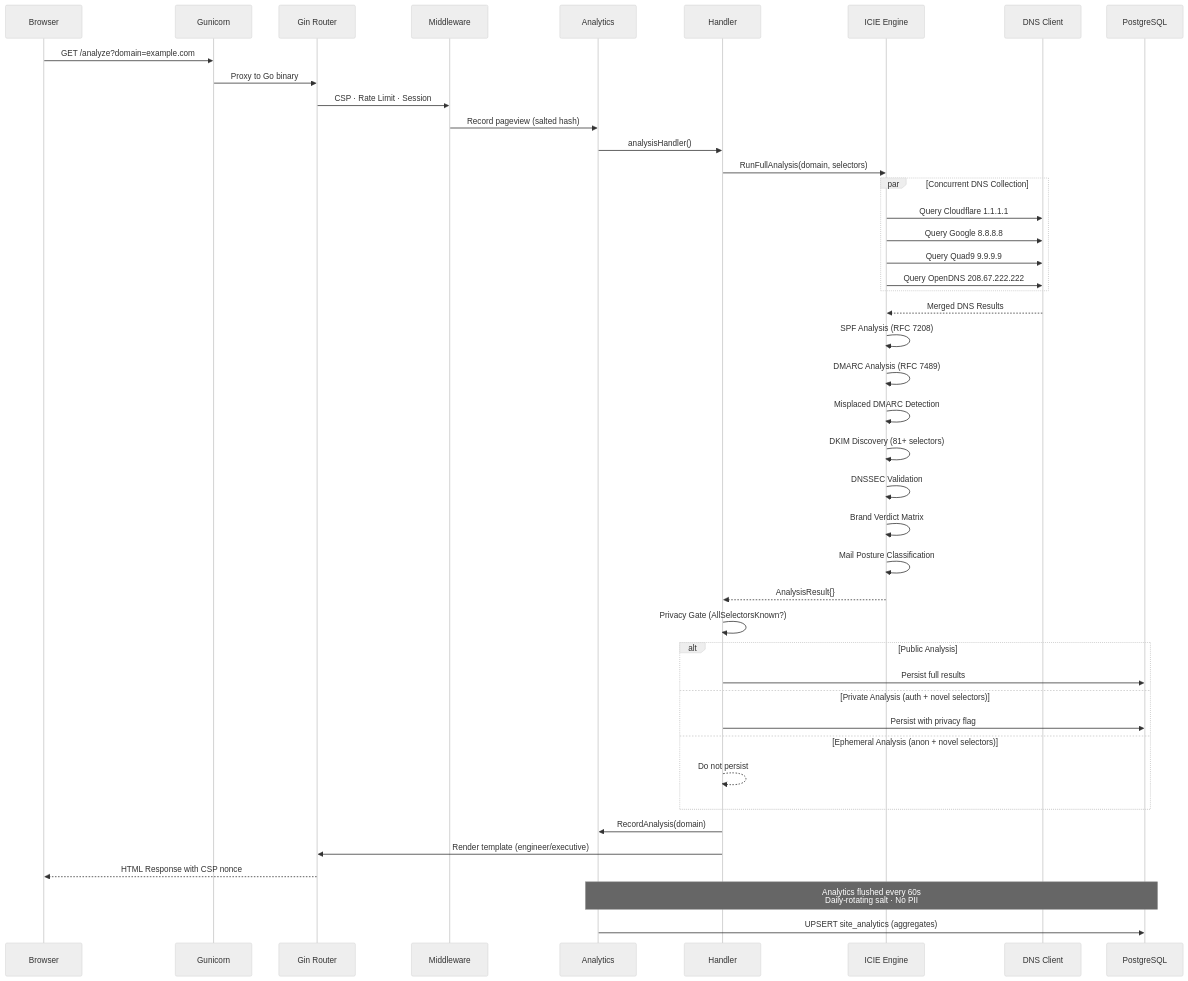
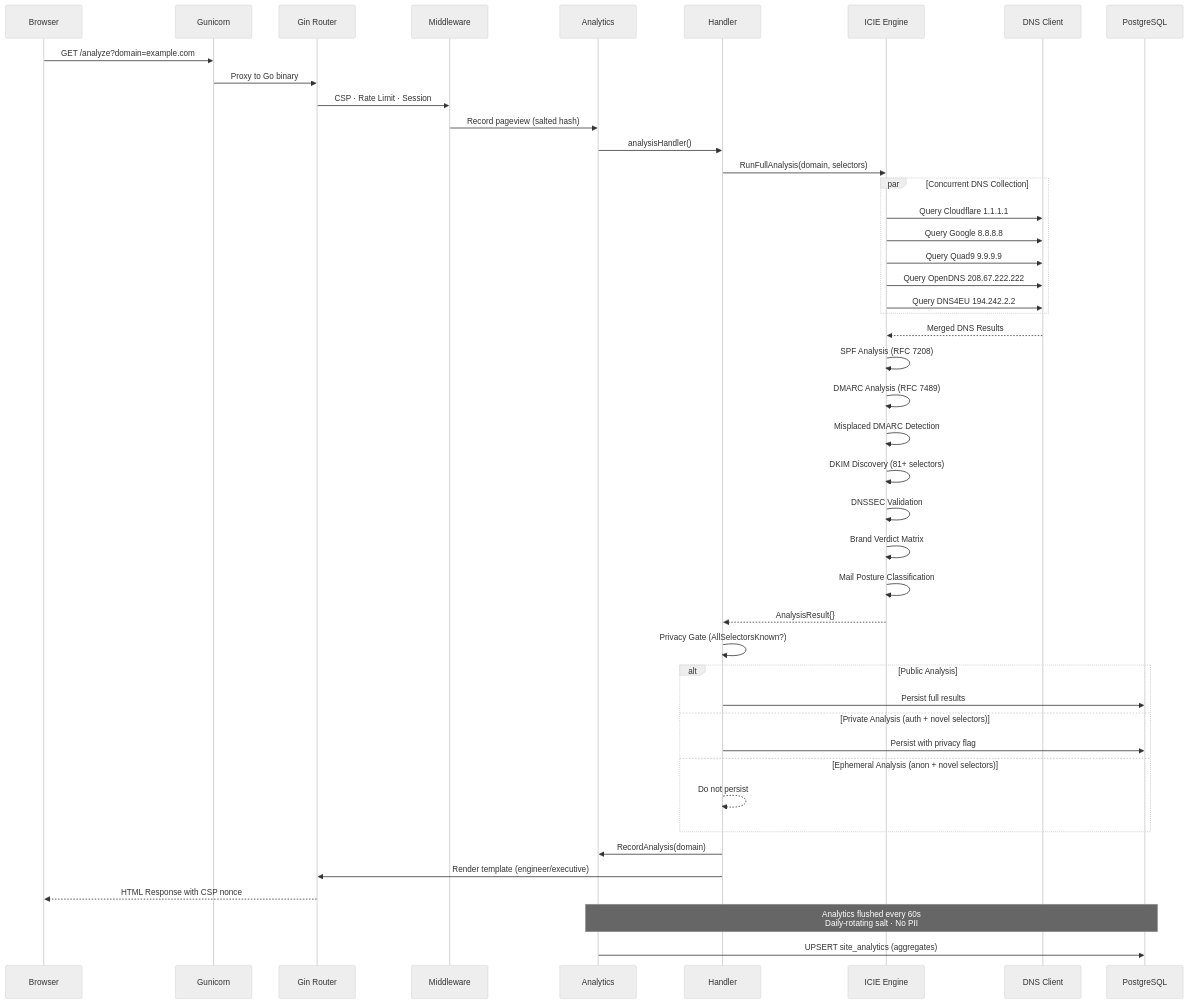
Before and after one commit to careyjames/DnsToolWeb: the seventh of 8 diagrams in docs/architecture/SYSTEM_ARCHITECTURE.md, drawn with Mermaid (neutral theme). The commit also changed other lines of this file and 3 other files, not shown here.

````diff
--- a/docs/architecture/SYSTEM_ARCHITECTURE.md
+++ b/docs/architecture/SYSTEM_ARCHITECTURE.md
@@ -406,57 +406,58 @@
 ```mermaid
 sequenceDiagram
     participant B as Browser
     participant G as Gunicorn
     participant R as Gin Router
     participant MW as Middleware
     participant AN as Analytics
     participant H as Handler
     participant ICIE as ICIE Engine
     participant DNS as DNS Client
     participant DB as PostgreSQL
 
     B->>G: GET /analyze?domain=example.com
     G->>R: Proxy to Go binary
     R->>MW: CSP · Rate Limit · Session
     MW->>AN: Record pageview (salted hash)
     AN->>H: analysisHandler()
     
     H->>ICIE: RunFullAnalysis(domain, selectors)
     
     par Concurrent DNS Collection
         ICIE->>DNS: Query Cloudflare 1.1.1.1
         ICIE->>DNS: Query Google 8.8.8.8
         ICIE->>DNS: Query Quad9 9.9.9.9
         ICIE->>DNS: Query OpenDNS 208.67.222.222
+        ICIE->>DNS: Query DNS4EU 194.242.2.2
     end
     
     DNS-->>ICIE: Merged DNS Results
     
     ICIE->>ICIE: SPF Analysis (RFC 7208)
     ICIE->>ICIE: DMARC Analysis (RFC 7489)
     ICIE->>ICIE: Misplaced DMARC Detection
     ICIE->>ICIE: DKIM Discovery (81+ selectors)
     ICIE->>ICIE: DNSSEC Validation
     ICIE->>ICIE: Brand Verdict Matrix
     ICIE->>ICIE: Mail Posture Classification
     
     ICIE-->>H: AnalysisResult{}
     
     H->>H: Privacy Gate (AllSelectorsKnown?)
     
     alt Public Analysis
         H->>DB: Persist full results
     else Private Analysis (auth + novel selectors)
         H->>DB: Persist with privacy flag
     else Ephemeral Analysis (anon + novel selectors)
         H-->>H: Do not persist
     end
     
     H->>AN: RecordAnalysis(domain)
     
     H->>R: Render template (engineer/executive)
     R-->>B: HTML Response with CSP nonce
     
     Note over AN,DB: Analytics flushed every 60s<br/>Daily-rotating salt · No PII
     AN->>DB: UPSERT site_analytics (aggregates)
 ```
````
